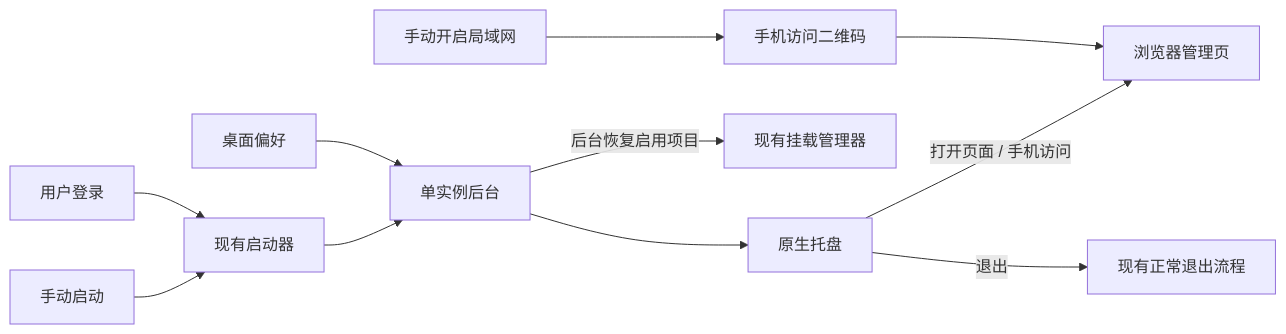
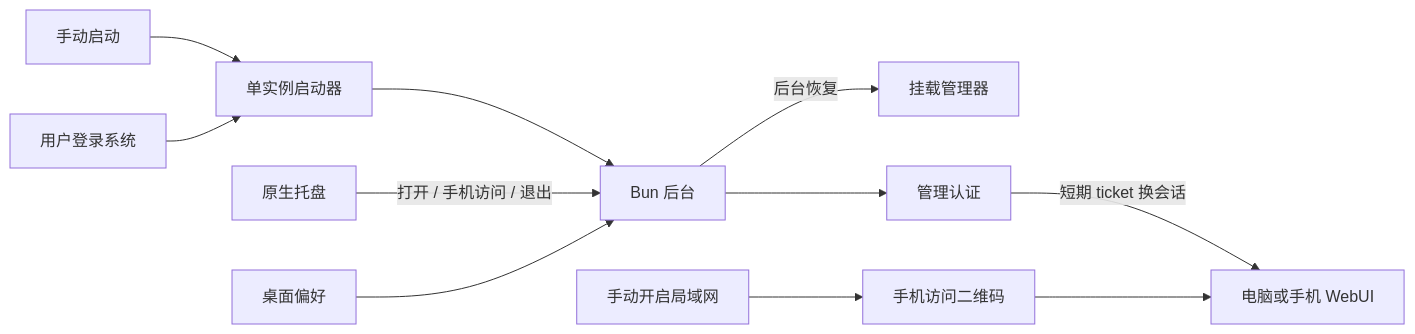
Before and after one commit to shengyusi-SYS/musicfs: the diagram in outputs/musicfs-desktop-usability.md, drawn with Mermaid. The commit also changed other lines of this file and 73 other files, not shown here.

````diff
--- a/outputs/musicfs-desktop-usability.md
+++ b/outputs/musicfs-desktop-usability.md
@@ -29,13 +30,13 @@
 ```mermaid
 flowchart LR
-  Manual[手动启动] --> Launcher[现有启动器]
-  Login[用户登录] --> Launcher
-  Launcher --> Backend[单实例后台]
+  Manual[手动启动] --> Launcher[单实例启动器]
+  Login[用户登录系统] --> Launcher
+  Launcher --> Backend[Bun 后台]
+  Tray[原生托盘] -->|打开 / 手机访问 / 退出| Backend
   Preferences[桌面偏好] --> Backend
-  Backend --> Tray[原生托盘]
-  Tray -->|打开页面 / 手机访问| WebUI[浏览器管理页]
-  Tray -->|退出| Shutdown[现有正常退出流程]
-  Backend -->|后台恢复启用项目| Mounts[现有挂载管理器]
+  Backend -->|后台恢复| Mounts[挂载管理器]
+  Backend --> Access[管理认证]
+  Access -->|短期 ticket 换会话| Browser[电脑或手机 WebUI]
   Network[手动开启局域网] --> QR[手机访问二维码]
-  QR --> WebUI
+  QR --> Browser
 ```
````
